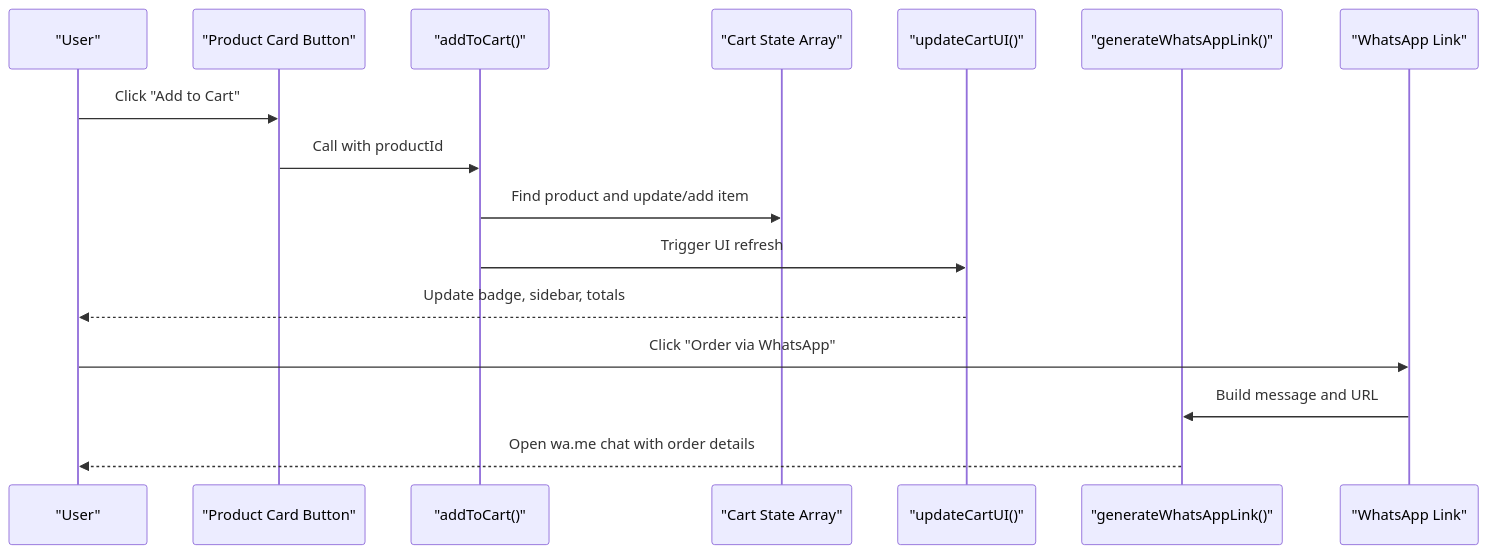
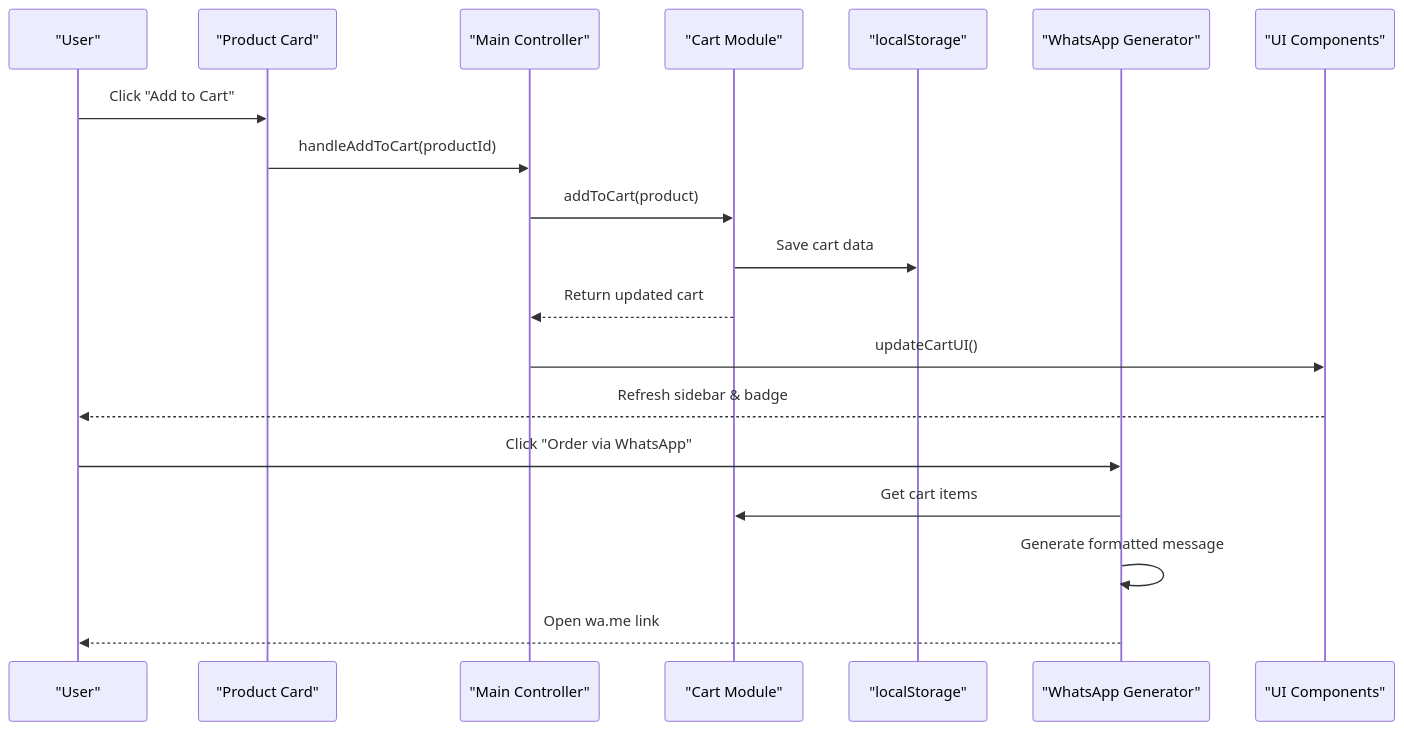
One commit to queenflowerhk/queenflowerhk.github.io changed the second of 3 diagrams in .qoder/repowiki/en/content/Shopping Cart Implementation.md. Above: the diagram before and after it, drawn with Mermaid. The commit also changed other lines of this file and 36 other files, not shown here.

````diff
--- a/.qoder/repowiki/en/content/Shopping Cart Implementation.md
+++ b/.qoder/repowiki/en/content/Shopping Cart Implementation.md
@@ -92,18 +124,21 @@
 ```mermaid
 sequenceDiagram
 participant U as "User"
-participant P as "Product Card Button"
-participant C as "addToCart()"
-participant S as "Cart State Array"
-participant V as "updateCartUI()"
-participant W as "generateWhatsAppLink()"
-participant L as "WhatsApp Link"
+participant P as "Product Card"
+participant M as "Main Controller"
+participant C as "Cart Module"
+participant L as "localStorage"
+participant W as "WhatsApp Generator"
+participant UI as "UI Components"
 U->>P : Click "Add to Cart"
-P->>C : Call with productId
-C->>S : Find product and update/add item
-C->>V : Trigger UI refresh
-V-->>U : Update badge, sidebar, totals
-U->>L : Click "Order via WhatsApp"
-L->>W : Build message and URL
-W-->>U : Open wa.me chat with order details
+P->>M : handleAddToCart(productId)
+M->>C : addToCart(product)
+C->>L : Save cart data
+C-->>M : Return updated cart
+M->>UI : updateCartUI()
+UI-->>U : Refresh sidebar & badge
+U->>W : Click "Order via WhatsApp"
+W->>C : Get cart items
+W->>W : Generate formatted message
+W-->>U : Open wa.me link
 ```
````
